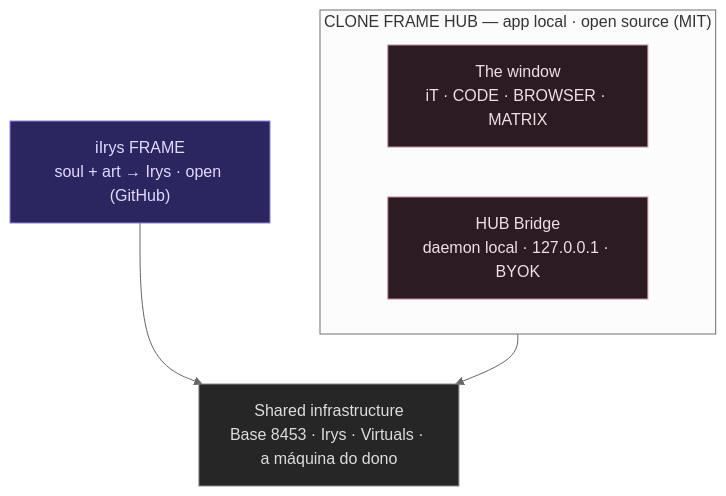
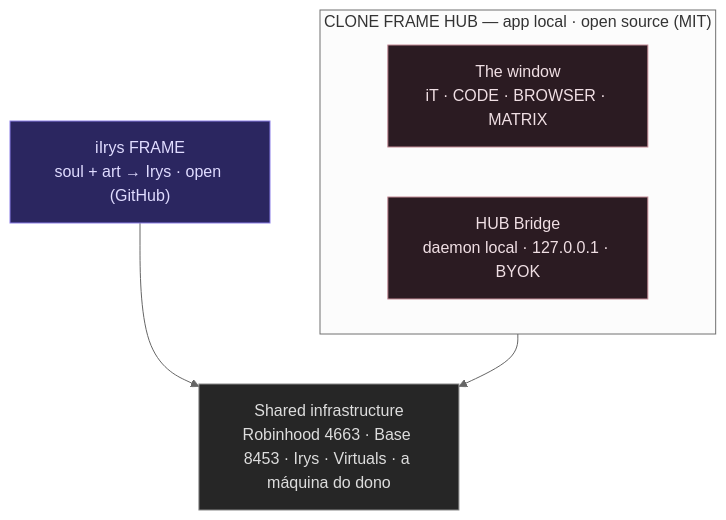
The first of 2 diagrams in docs/ARCHITECTURE.md (devclone20/clone-frame), drawn with Mermaid (neutral theme) before and after one commit. The commit also changed other lines of this file and 9 other files, not shown here.

````diff
--- a/docs/ARCHITECTURE.md
+++ b/docs/ARCHITECTURE.md
@@ -7,15 +7,15 @@
 ```mermaid
 flowchart TB
   subgraph CF["CLONE FRAME HUB — app local · open source (MIT)"]
     direction LR
     WIN["The window<br/>iT · CODE · BROWSER · MATRIX"]:::hosted
     BR["HUB Bridge<br/>daemon local · 127.0.0.1 · BYOK"]:::hosted
   end
   IF["iIrys FRAME<br/>soul + art → Irys · open (GitHub)"]:::open
-  INFRA["Shared infrastructure<br/>Base 8453 · Irys · Virtuals · a máquina do dono"]:::ext
+  INFRA["Shared infrastructure<br/>Robinhood 4663 · Base 8453 · Irys · Virtuals · a máquina do dono"]:::ext
   CF --> INFRA
   IF --> INFRA
   classDef hosted fill:#2b1b22,stroke:#c48b96,color:#f0dfe4;
   classDef open fill:#2b2660,stroke:#8b7fe8,color:#e0dcff;
   classDef ext fill:#262626,stroke:#888888,color:#dddddd;
 ```
````
